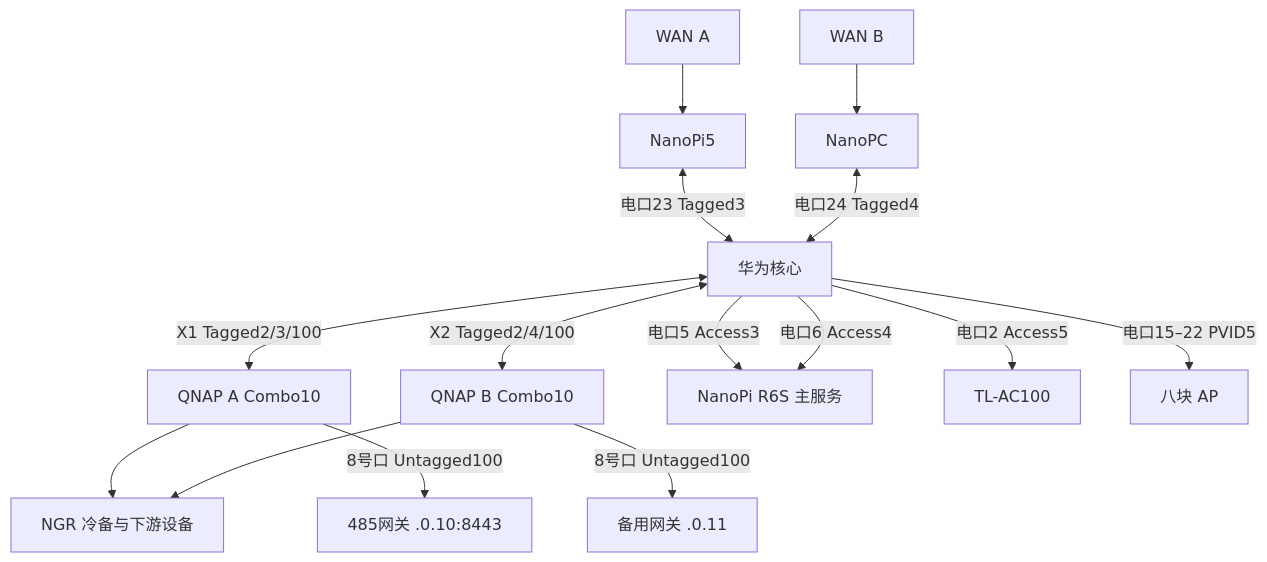
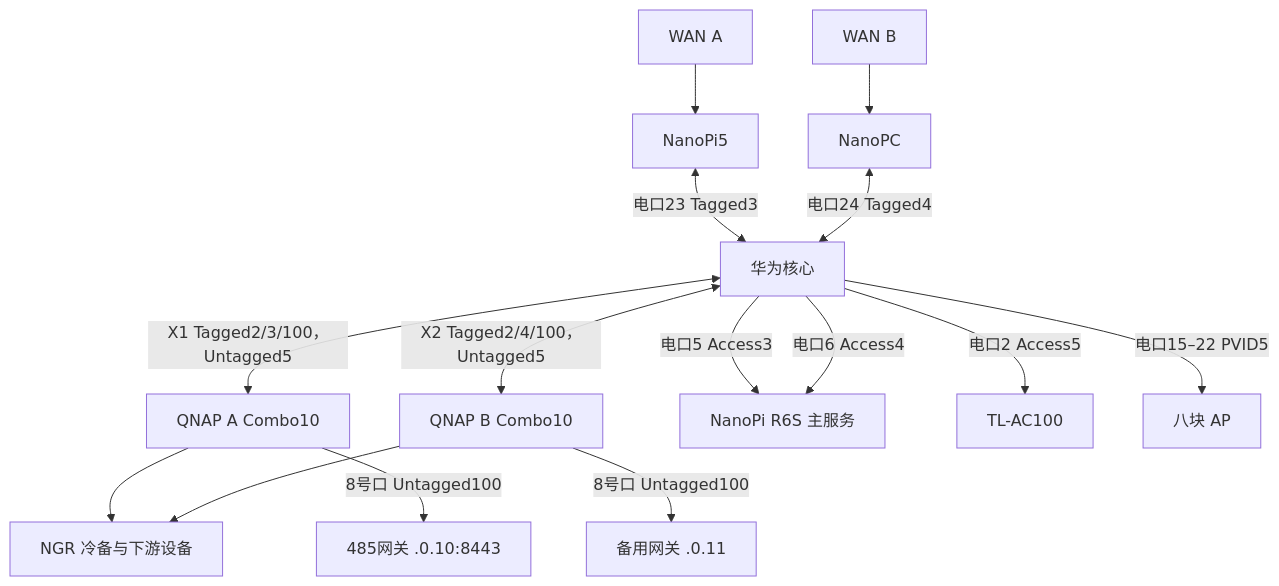
The diagram in docs/network-architecture.md (charwliu/homesense), drawn with Mermaid before and after one commit. The commit also changed other lines of this file and 4 other files, not shown here.

````diff
--- a/docs/network-architecture.md
+++ b/docs/network-architecture.md
@@ -22,17 +22,17 @@
 ```mermaid
 flowchart TB
     A[WAN A] --> NA[NanoPi5]
     B[WAN B] --> NB[NanoPC]
     NA <-->|电口23 Tagged3| C[华为核心]
     NB <-->|电口24 Tagged4| C
-    C <-->|X1 Tagged2/3/100| QA[QNAP A Combo10]
-    C <-->|X2 Tagged2/4/100| QB[QNAP B Combo10]
+    C <-->|X1 Tagged2/3/100，Untagged5| QA[QNAP A Combo10]
+    C <-->|X2 Tagged2/4/100，Untagged5| QB[QNAP B Combo10]
     C -->|电口5 Access3| NP[NanoPi R6S 主服务]
     C -->|电口6 Access4| NP
     QA --> NGR[NGR 冷备与下游设备]
     QB --> NGR
     C -->|电口2 Access5| AC[TL-AC100]
     C -->|电口15–22 PVID5| AP[八块 AP]
     QA -->|8号口 Untagged100| G[485网关 .0.10:8443]
     QB -->|8号口 Untagged100| G2[备用网关 .0.11]
 ```
````
